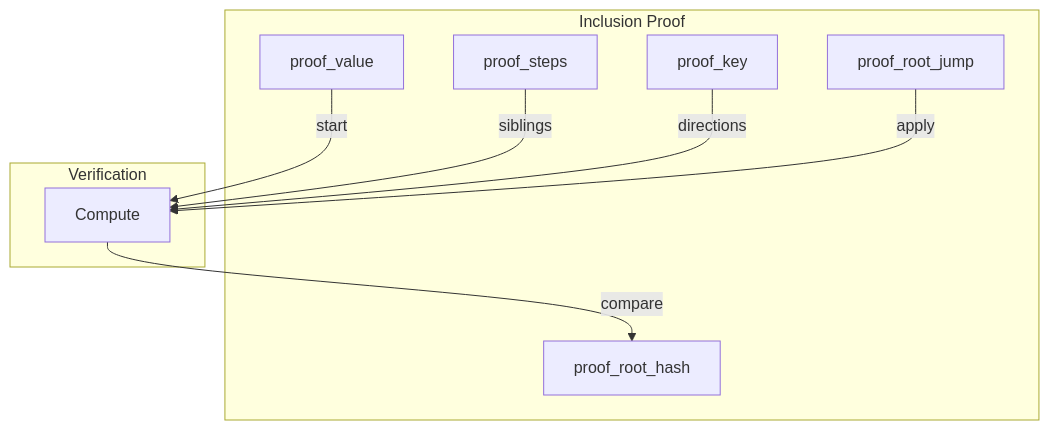
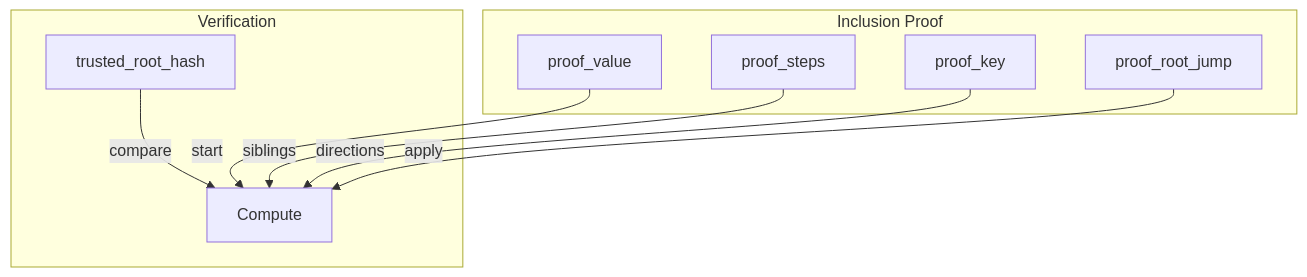
The diagram in docs/architecture/inclusion-proof.md (lambdasistemi/haskell-mts), drawn with Mermaid before and after one commit. The commit also changed other lines of this file and 4 other files, not shown here.

````diff
--- a/docs/architecture/inclusion-proof.md
+++ b/docs/architecture/inclusion-proof.md
@@ -23,18 +23,17 @@
 ```mermaid
 graph TD
     subgraph "Inclusion Proof"
         K[proof_key]
         V[proof_value]
-        R[proof_root_hash]
         S[proof_steps]
         J[proof_root_jump]
     end
 
     subgraph "Verification"
+        TR[trusted_root_hash] --> |compare| C
         V --> |start| C[Compute]
         S --> |siblings| C
         K --> |directions| C
         J --> |apply| C
-        C --> |compare| R
     end
 ```
````
